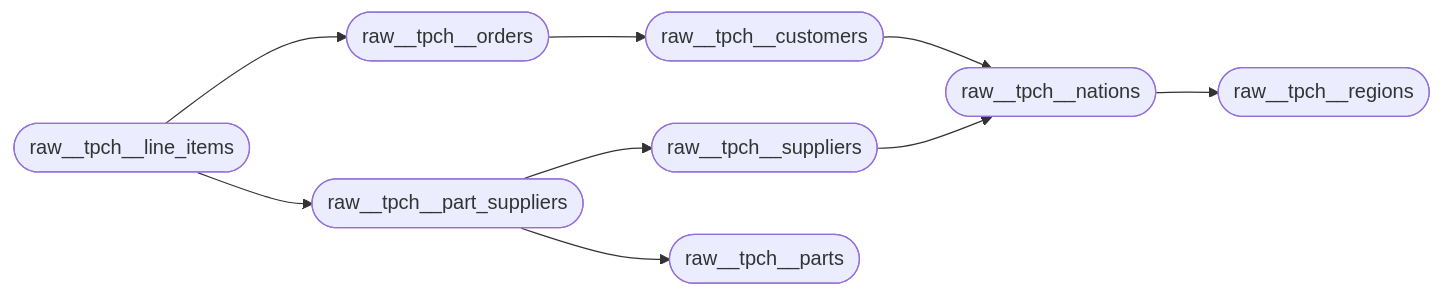
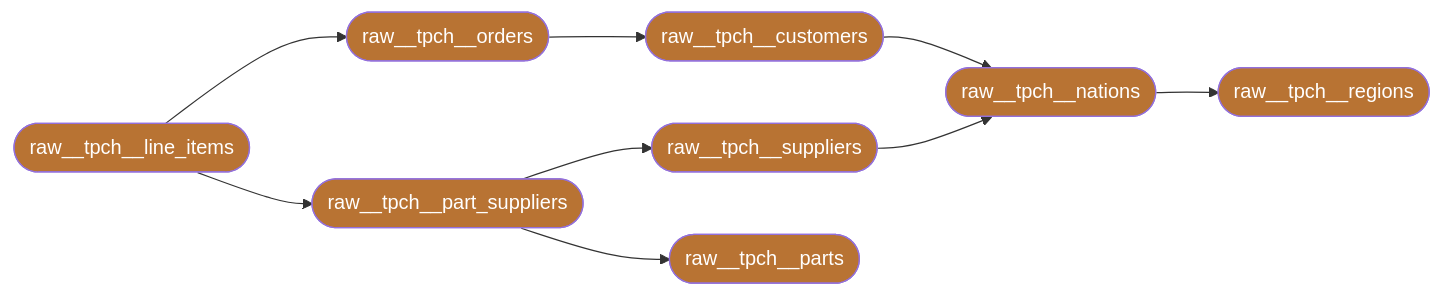
Before and after one commit to mattiasthalen/tpch: the second of 4 diagrams in README.md, drawn with Mermaid. The commit also changed other lines of this file, not shown here.

````diff
--- a/README.md
+++ b/README.md
@@ -207,20 +207,35 @@
 ```mermaid
 flowchart LR
     raw__tpch__customers(["raw__tpch__customers"])
     raw__tpch__line_items(["raw__tpch__line_items"])
     raw__tpch__nations(["raw__tpch__nations"])
     raw__tpch__orders(["raw__tpch__orders"])
     raw__tpch__part_suppliers(["raw__tpch__part_suppliers"])
     raw__tpch__regions(["raw__tpch__regions"])
     raw__tpch__suppliers(["raw__tpch__suppliers"])
     raw__tpch__parts(["raw__tpch__parts"])
 
     raw__tpch__line_items --> raw__tpch__orders
     raw__tpch__line_items --> raw__tpch__part_suppliers
     raw__tpch__orders --> raw__tpch__customers
     raw__tpch__customers --> raw__tpch__nations
     raw__tpch__nations --> raw__tpch__regions
     raw__tpch__suppliers --> raw__tpch__nations
     raw__tpch__part_suppliers --> raw__tpch__suppliers
     raw__tpch__part_suppliers --> raw__tpch__parts
+
+    %% Bronze shades
+    classDef bronze_classic fill:#CD7F32,color:white
+    classDef bronze_dark fill:#B87333,color:white
+    classDef bronze_light fill:#E09756,color:white
+    classDef bronze_antique fill:#966B47,color:white
+
+    class raw__tpch__customers bronze_dark
+    class raw__tpch__line_items bronze_dark
+    class raw__tpch__nations bronze_dark
+    class raw__tpch__orders bronze_dark
+    class raw__tpch__part_suppliers bronze_dark
+    class raw__tpch__parts bronze_dark
+    class raw__tpch__regions bronze_dark
+    class raw__tpch__suppliers bronze_dark
 ```
````
